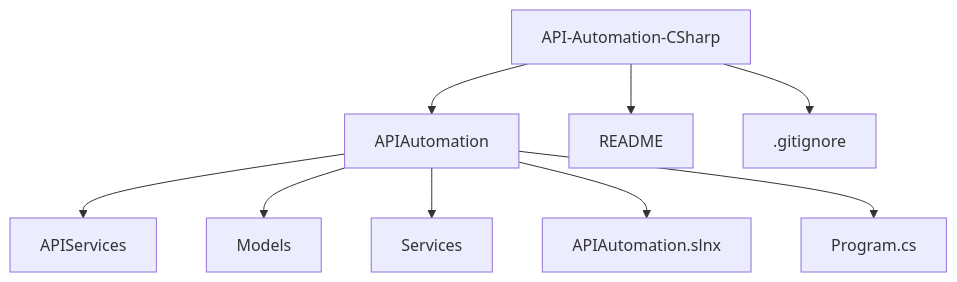
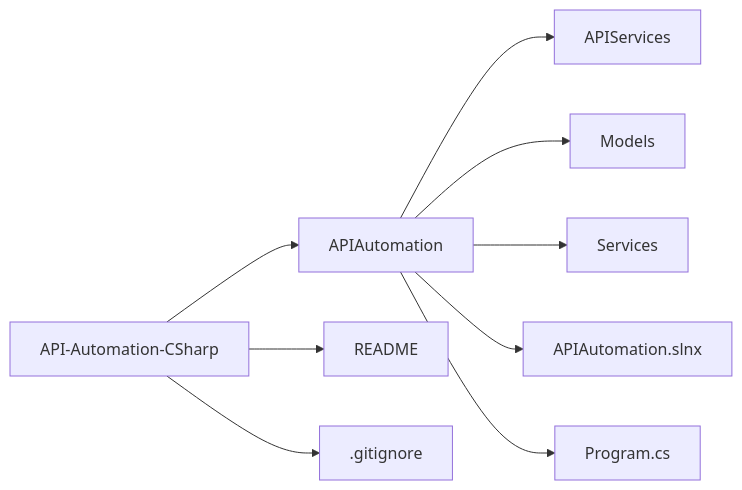
The diagram in README.md (Galozi-Rafael/API-Automation-CSharp), drawn with Mermaid before and after one commit. The commit also changed other lines of this file, not shown here.

Commit message:
docs: Atualiza o README.

````diff
--- a/README.md
+++ b/README.md
@@ -48,12 +48,12 @@
 ```mermaid
-flowchart TD
+flowchart LR
 A[API-Automation-CSharp] --> B[APIAutomation]
 A --> C[README]
 A --> D[.gitignore]
 
 B --> E[APIServices]
 B --> F[Models]
 B --> G[Services]
 B --> H[APIAutomation.slnx]
 B --> I[Program.cs]
 ```
````
